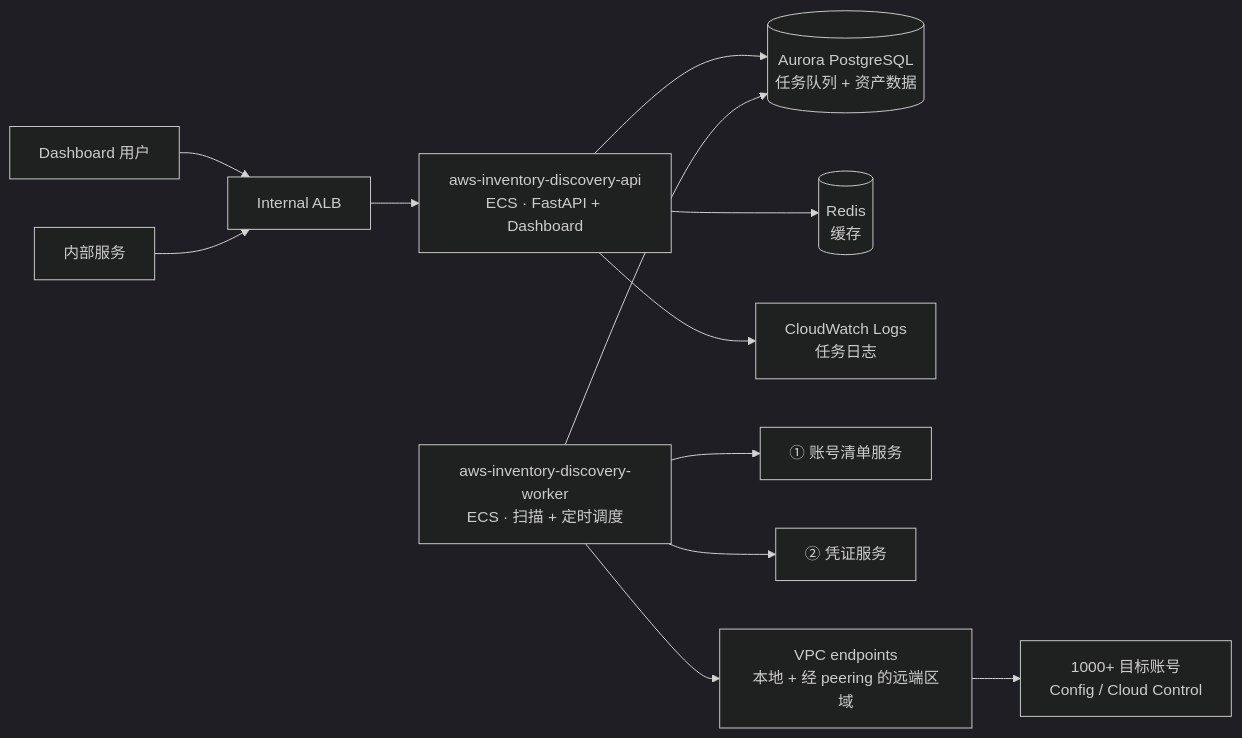
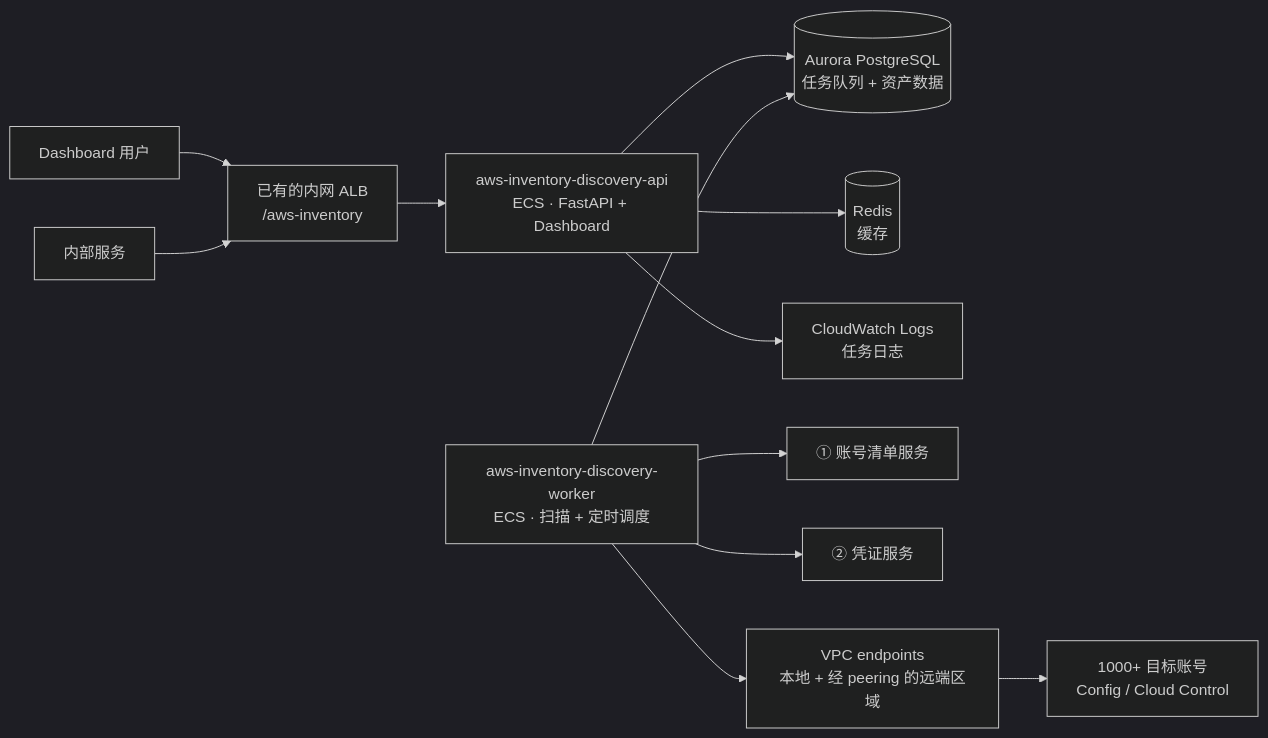
One commit to ByteChill/aws-inventory-discovery changed the diagram in docs/DESIGN.md. Above: the diagram before and after it, drawn with Mermaid (dark theme). The commit also changed other lines of this file and 25 other files, not shown here.

First line of the commit message:
feat: serve everything under /aws-inventory behind the existing ALB

````diff
--- a/docs/DESIGN.md
+++ b/docs/DESIGN.md
@@ -42,14 +42,14 @@
 ```mermaid
 flowchart LR
-  U[Dashboard 用户] --> ALB[Internal ALB]
+  U[Dashboard 用户] --> ALB[已有的内网 ALB<br/>/aws-inventory]
   S[内部服务] --> ALB
   ALB --> API[aws-inventory-discovery-api<br/>ECS · FastAPI + Dashboard]
   API --> PG[(Aurora PostgreSQL<br/>任务队列 + 资产数据)]
   API --> R[(Redis<br/>缓存)]
   API --> CWL[CloudWatch Logs<br/>任务日志]
   W[aws-inventory-discovery-worker<br/>ECS · 扫描 + 定时调度] --> PG
   W --> REG[① 账号清单服务]
   W --> CRED[② 凭证服务]
   W --> EP[VPC endpoints<br/>本地 + 经 peering 的远端区域]
   EP --> T[1000+ 目标账号<br/>Config / Cloud Control]
 ```
````
